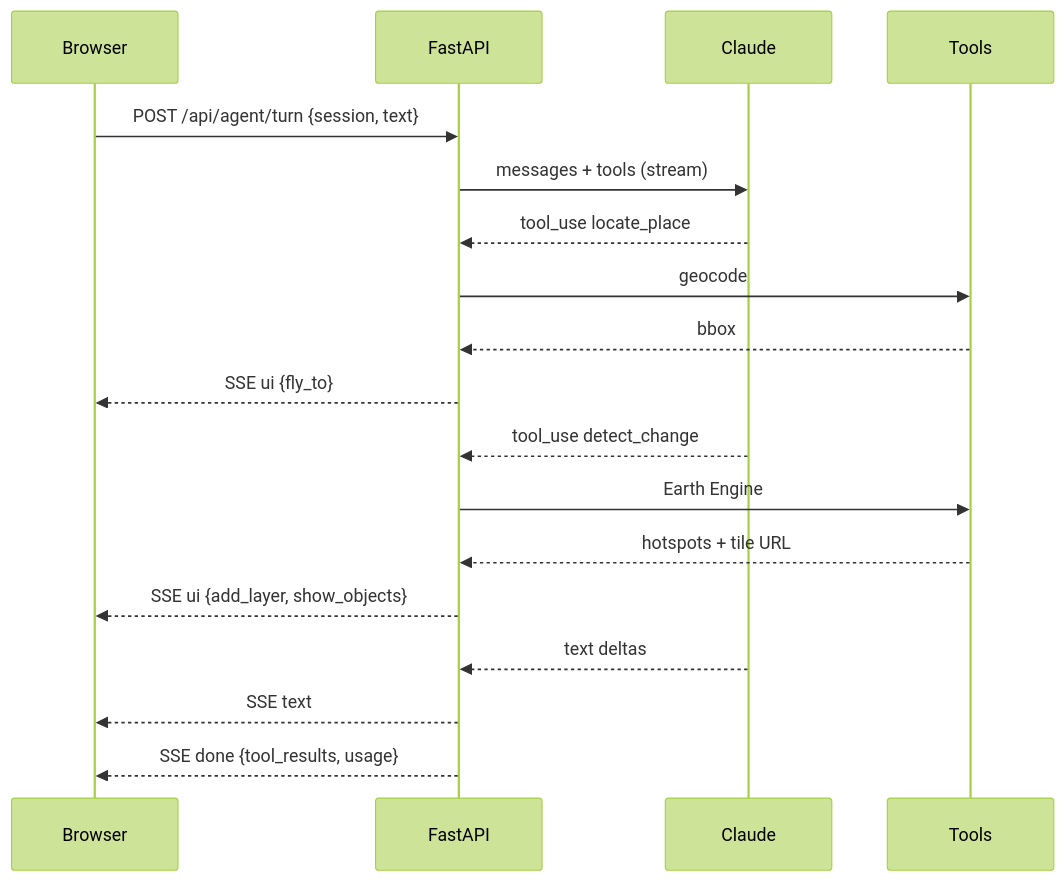
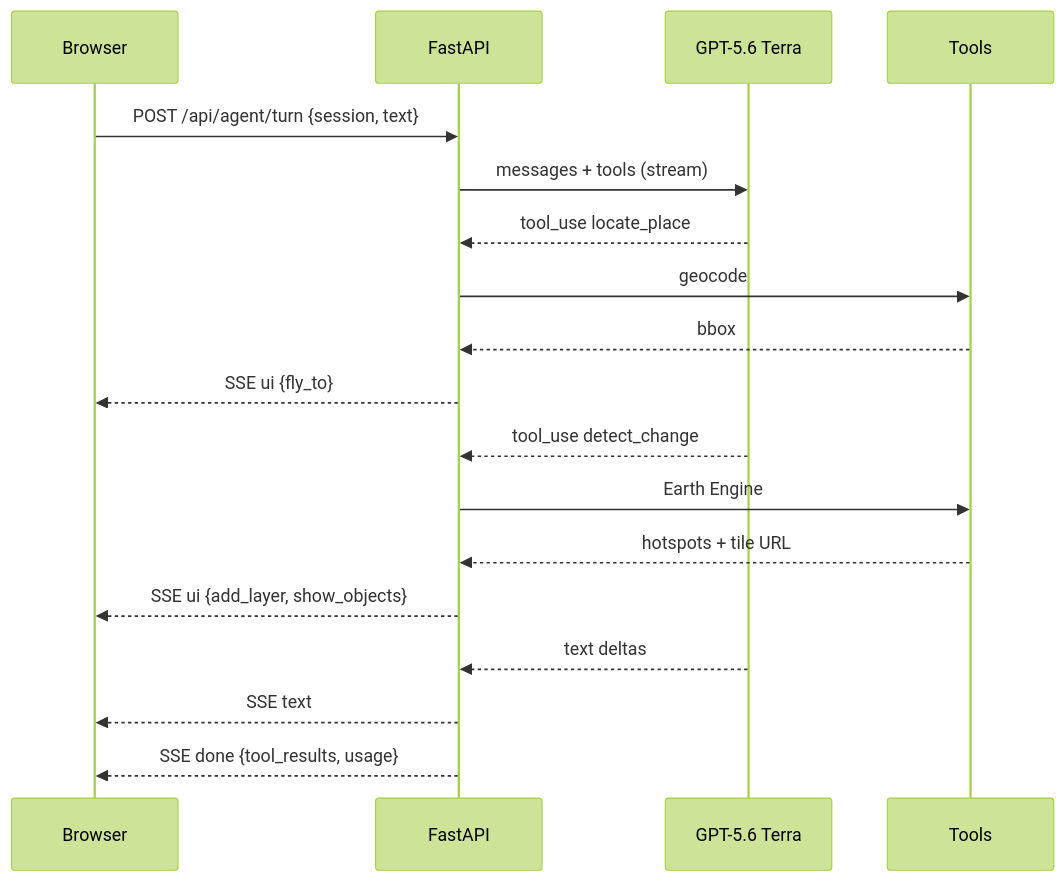
Before and after one commit to Abdullah-webd/ground-truth: the second of 3 diagrams in ARCHITECTURE.md, drawn with Mermaid (forest theme). The commit also changed other lines of this file and 2 other files, not shown here.

Commit message:
docs: switch agent to OpenAI gpt-5.6-terra

````diff
--- a/ARCHITECTURE.md
+++ b/ARCHITECTURE.md
@@ -148,20 +148,20 @@
 ```mermaid
 sequenceDiagram
   participant B as Browser
   participant S as FastAPI
-  participant C as Claude
+  participant C as GPT-5.6 Terra
   participant T as Tools
   B->>S: POST /api/agent/turn {session, text}
   S->>C: messages + tools (stream)
   C-->>S: tool_use locate_place
   S->>T: geocode
   T-->>S: bbox
   S-->>B: SSE ui {fly_to}
   C-->>S: tool_use detect_change
   S->>T: Earth Engine
   T-->>S: hotspots + tile URL
   S-->>B: SSE ui {add_layer, show_objects}
   C-->>S: text deltas
   S-->>B: SSE text
   S-->>B: SSE done {tool_results, usage}
 ```
````
